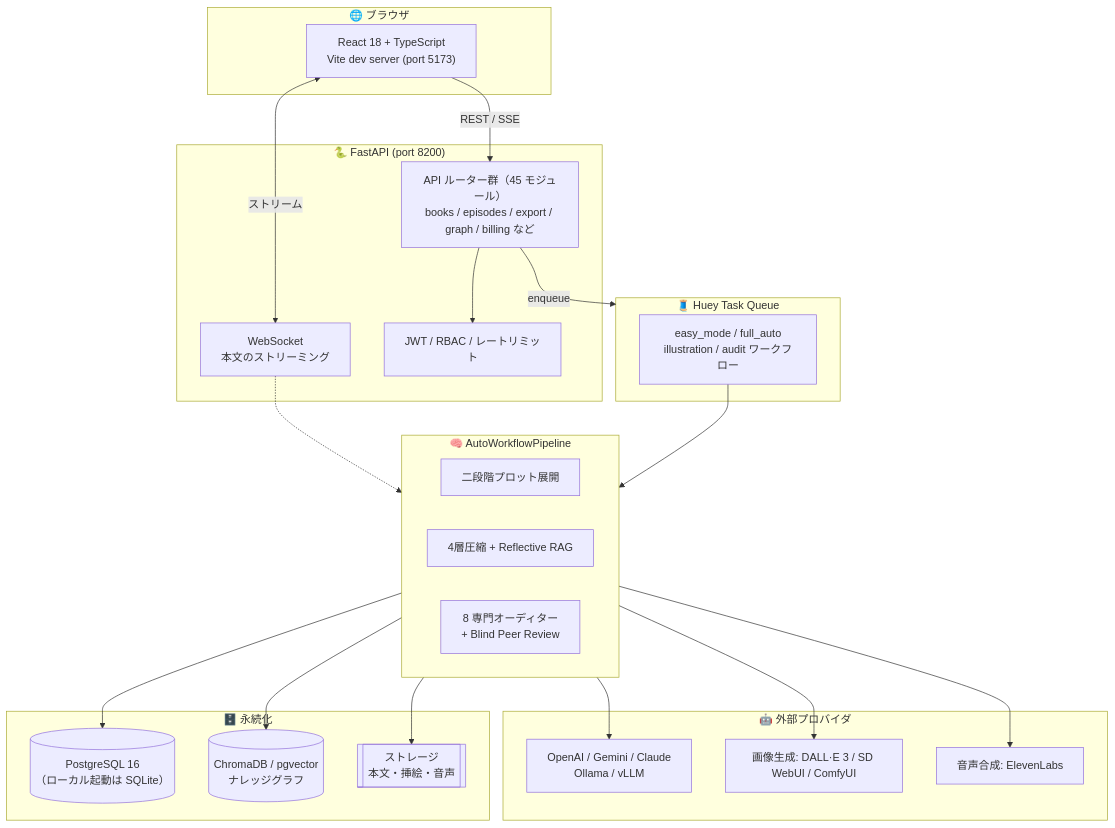
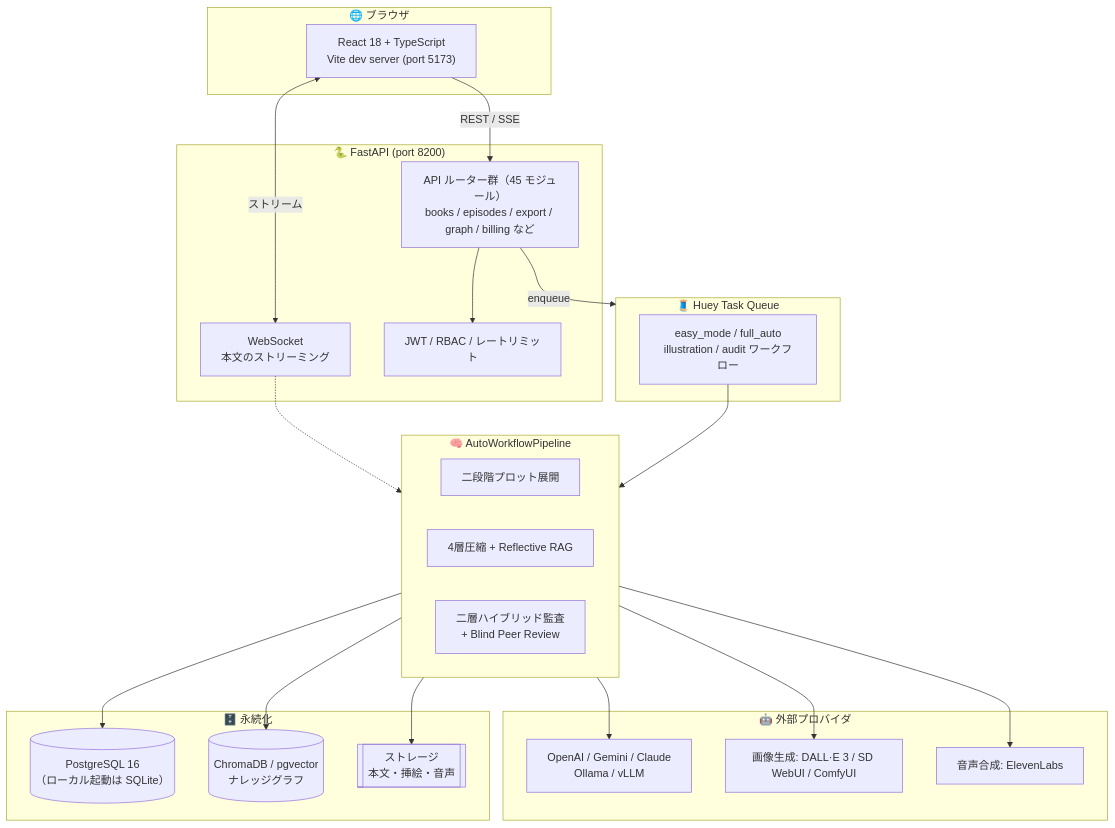
The second of 2 diagrams in README.md (annahoikuen-debug/autonovel), drawn with Mermaid before and after one commit. The commit also changed other lines of this file and 9 other files, not shown here.

````diff
--- a/README.md
+++ b/README.md
@@ -199,47 +199,47 @@
 ```mermaid
 flowchart TB
     subgraph Browser["🌐 ブラウザ"]
         UI["React 18 + TypeScript<br/>Vite dev server (port 5173)"]
     end
 
     subgraph API["🐍 FastAPI (port 8200)"]
         R["API ルーター群（45 モジュール）<br/>books / episodes / export / graph / billing など"]
         WS["WebSocket<br/>本文のストリーミング"]
         GUARD["JWT / RBAC / レートリミット"]
     end
 
     subgraph WORKER["🧵 Huey Task Queue"]
         W1["easy_mode / full_auto<br/>illustration / audit ワークフロー"]
     end
 
     subgraph CORE["🧠 AutoWorkflowPipeline"]
         C1["二段階プロット展開"]
         C2["4層圧縮 + Reflective RAG"]
-        C3["8 専門オーディター<br/>+ Blind Peer Review"]
+        C3["二層ハイブリッド監査<br/>+ Blind Peer Review"]
     end
 
     subgraph DATA["🗄️ 永続化"]
         DB[("PostgreSQL 16<br/>（ローカル起動は SQLite）")]
         VEC[("ChromaDB / pgvector<br/>ナレッジグラフ")]
         FS[["ストレージ<br/>本文・挿絵・音声"]]
     end
 
     subgraph LLM["🤖 外部プロバイダ"]
         P1["OpenAI / Gemini / Claude<br/>Ollama / vLLM"]
         P2["画像生成: DALL·E 3 / SD WebUI / ComfyUI"]
         P3["音声合成: ElevenLabs"]
     end
 
     UI -->|"REST / SSE"| R
     UI <-->|"ストリーム"| WS
     R --> GUARD
     R -->|"enqueue"| WORKER
     W1 --> CORE
     CORE --> DB
     CORE --> VEC
     CORE --> FS
     CORE --> P1
     CORE --> P2
     CORE --> P3
     WS -.-> CORE
 ```
````
